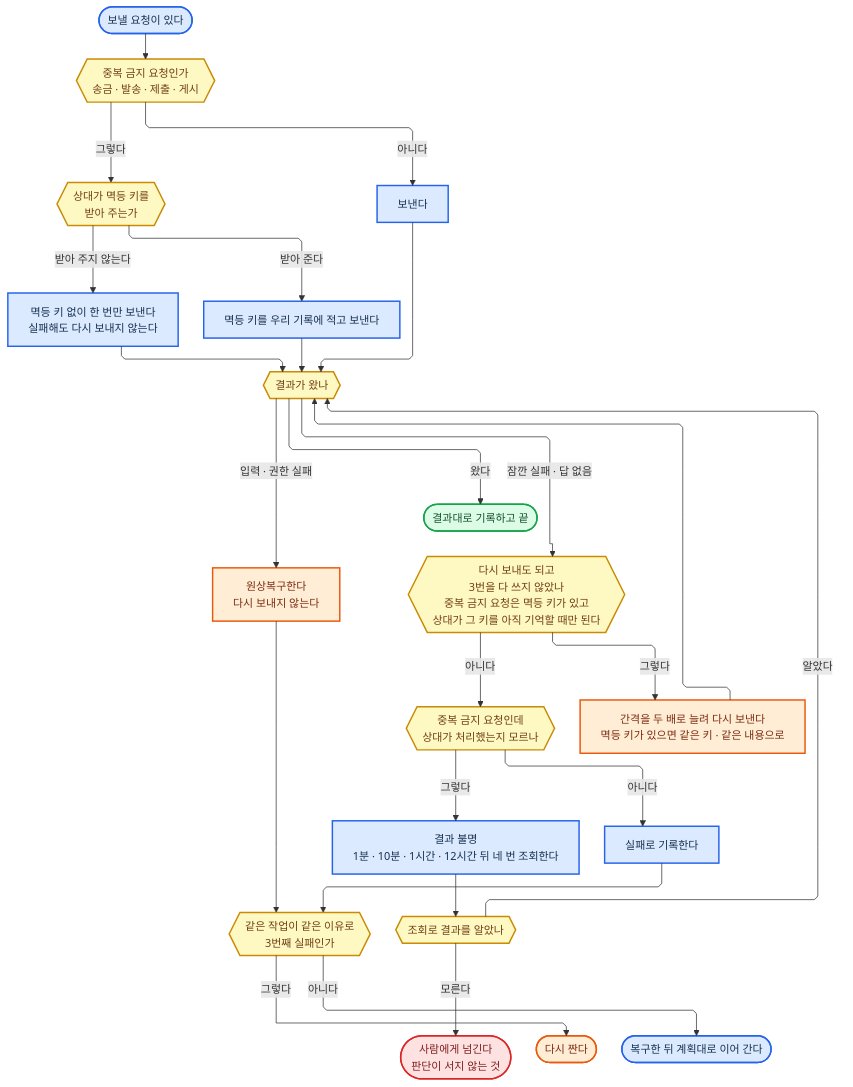
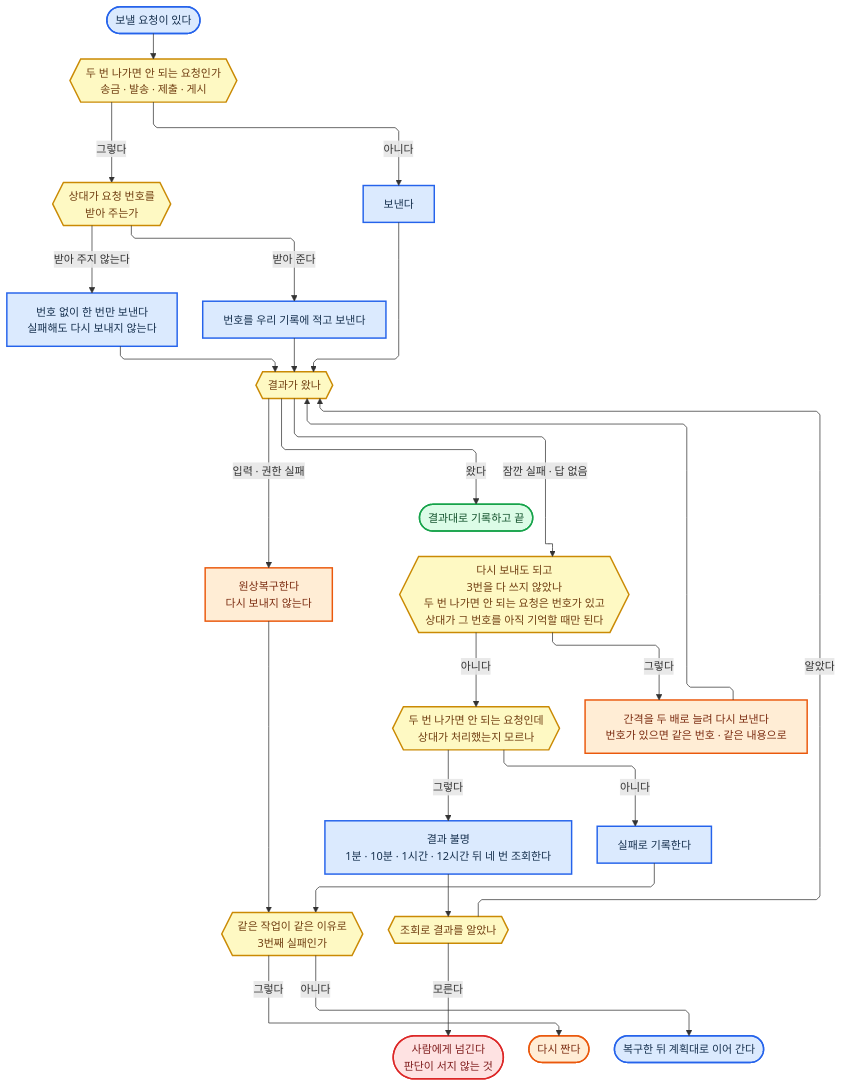
One commit to harisbaguette/expert changed the seventh of 8 diagrams in 전문가 에이전트 정의 1.md. Above: the diagram before and after it, drawn with Mermaid. The commit also changed other lines of this file and 1 other file, not shown here.

````diff
--- a/전문가 에이전트 정의 1.md
+++ b/전문가 에이전트 정의 1.md
@@ -1154,55 +1154,55 @@
 ```mermaid
 %%{init: {"flowchart":{"wrappingWidth":640,"curve":"linear","nodeSpacing":45,"rankSpacing":55,"padding":14,"useMaxWidth":true,"defaultRenderer":"elk"},"themeVariables":{"fontSize":"15px"},"layout":"elk","elk":{"mergeEdges":false,"nodePlacementStrategy":"BRANDES_KOEPF","keepEntryNodeOnTop":true,"cycleBreakingStrategy":"DEPTH_FIRST"}} }%%
 flowchart TB
     C{{"같은 작업이 같은 이유로<br/>3번째 실패인가"}}:::note
-    N{{"상대가 멱등 키를<br/>받아 주는가"}}:::note
+    N{{"상대가 요청 번호를<br/>받아 주는가"}}:::note
     UNK["결과 불명<br/>1분 · 10분 · 1시간 · 12시간 뒤 네 번 조회한다"]:::main
-    Q4{{"중복 금지 요청인데<br/>상대가 처리했는지 모르나"}}:::note
+    Q4{{"두 번 나가면 안 되는 요청인데<br/>상대가 처리했는지 모르나"}}:::note
     Q5{{"조회로 결과를 알았나"}}:::note
-    S0{{"중복 금지 요청인가<br/>송금 · 발송 · 제출 · 게시"}}:::note
+    S0{{"두 번 나가면 안 되는 요청인가<br/>송금 · 발송 · 제출 · 게시"}}:::note
     FIX["원상복구한다<br/>다시 보내지 않는다"]:::back
-    S2["멱등 키 없이 한 번만 보낸다<br/>실패해도 다시 보내지 않는다"]:::main
-    RT["간격을 두 배로 늘려 다시 보낸다<br/>멱등 키가 있으면 같은 키 · 같은 내용으로"]:::back
-    S1["멱등 키를 우리 기록에 적고 보낸다"]:::main
+    S2["번호 없이 한 번만 보낸다<br/>실패해도 다시 보내지 않는다"]:::main
+    RT["간격을 두 배로 늘려 다시 보낸다<br/>번호가 있으면 같은 번호 · 같은 내용으로"]:::back
+    S1["번호를 우리 기록에 적고 보낸다"]:::main
     H(["사람에게 넘긴다<br/>판단이 서지 않는 것"]):::stop
     Q1{{"결과가 왔나"}}:::note
     RE(["다시 짠다"]):::back
-    Q3{{"다시 보내도 되고<br/>3번을 다 쓰지 않았나<br/>중복 금지 요청은 멱등 키가 있고<br/>상대가 그 키를 아직 기억할 때만 된다"}}:::note
+    Q3{{"다시 보내도 되고<br/>3번을 다 쓰지 않았나<br/>두 번 나가면 안 되는 요청은 번호가 있고<br/>상대가 그 번호를 아직 기억할 때만 된다"}}:::note
     K(["복구한 뒤 계획대로 이어 간다"]):::main
     ST(["보낼 요청이 있다"]):::main
     F["실패로 기록한다"]:::main
     S3["보낸다"]:::main
     OK(["결과대로 기록하고 끝"]):::good
     FIX --> C
     S0 -- "그렇다" --> N
     UNK --> Q5
     RT --> Q1
     C -- "그렇다" --> RE
     N -- "받아 준다" --> S1
     S2 --> Q1
     Q4 -- "아니다" --> F
     S1 --> Q1
     F --> C
     Q4 -- "그렇다" --> UNK
     C -- "아니다" --> K
     S3 --> Q1
     N -- "받아 주지 않는다" --> S2
     Q1 -- "입력 · 권한 실패" --> FIX
     Q3 -- "그렇다" --> RT
     S0 -- "아니다" --> S3
     Q3 -- "아니다" --> Q4
     Q5 -- "모른다" --> H
     Q5 -- "알았다" --> Q1
     ST --> S0
     Q1 -- "왔다" --> OK
     Q1 -- "잠깐 실패 · 답 없음" --> Q3
     %% 배치용 보이지 않는 연결: 선은 그려지지 않고 상자 위치만 잡음
     OK ~~~ Q3
     S2 ~~~ Q5
     F ~~~ S0
     classDef main fill:#dbeafe,stroke:#2563eb,stroke-width:2px,color:#17314f
     classDef note fill:#fef9c3,stroke:#ca8a04,stroke-width:2px,color:#713f12
     classDef stop fill:#fee2e2,stroke:#dc2626,stroke-width:2px,color:#7f1d1d
     classDef back fill:#ffedd5,stroke:#ea580c,stroke-width:2px,color:#7c2d12
     classDef good fill:#dcfce7,stroke:#16a34a,stroke-width:2px,color:#14532d
 ```
````
